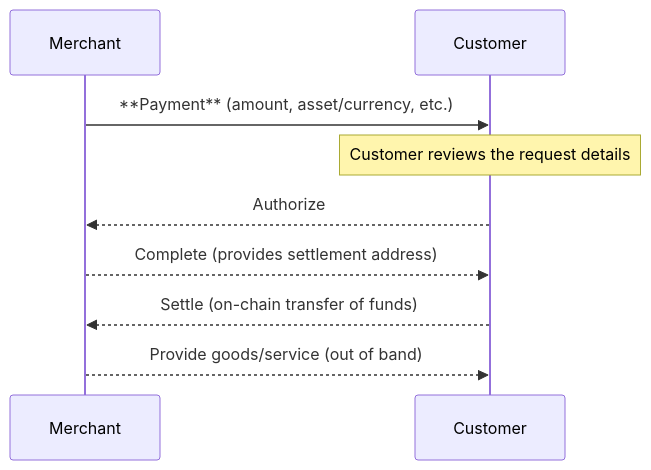
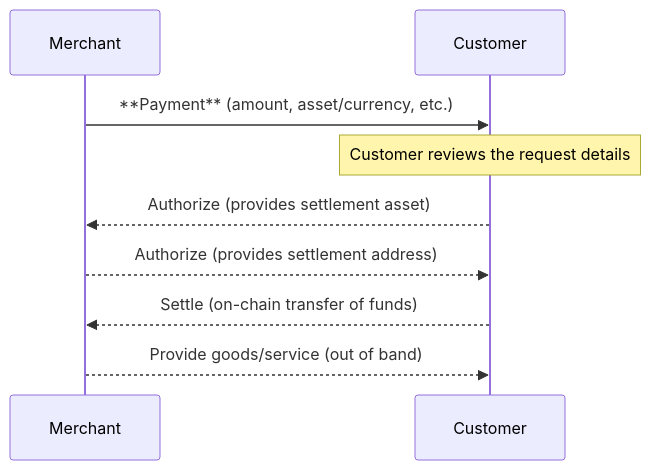
The second of 5 diagrams in TAIPs/taip-14.md (TransactionAuthorizationProtocol/TAIPs), drawn with Mermaid before and after one commit. The commit also changed other lines of this file and 4 other files, not shown here.

Commit message:
Replace `Complete` message with `Authorize` to simplify flow

````diff
--- a/TAIPs/taip-14.md
+++ b/TAIPs/taip-14.md
@@ -93,11 +83,11 @@
 ```mermaid
 sequenceDiagram
     participant Merchant
     participant Customer
     Merchant->>Customer: **Payment** (amount, asset/currency, etc.)
     Note over Customer: Customer reviews the request details
-    Customer-->>Merchant: Authorize
-    Merchant-->>Customer: Complete (provides settlement address)
+    Customer-->>Merchant: Authorize (provides settlement asset)
+    Merchant-->>Customer: Authorize (provides settlement address)
     Customer-->>Merchant: Settle (on-chain transfer of funds)
     Merchant-->>Customer: Provide goods/service (out of band)
 ```
````
